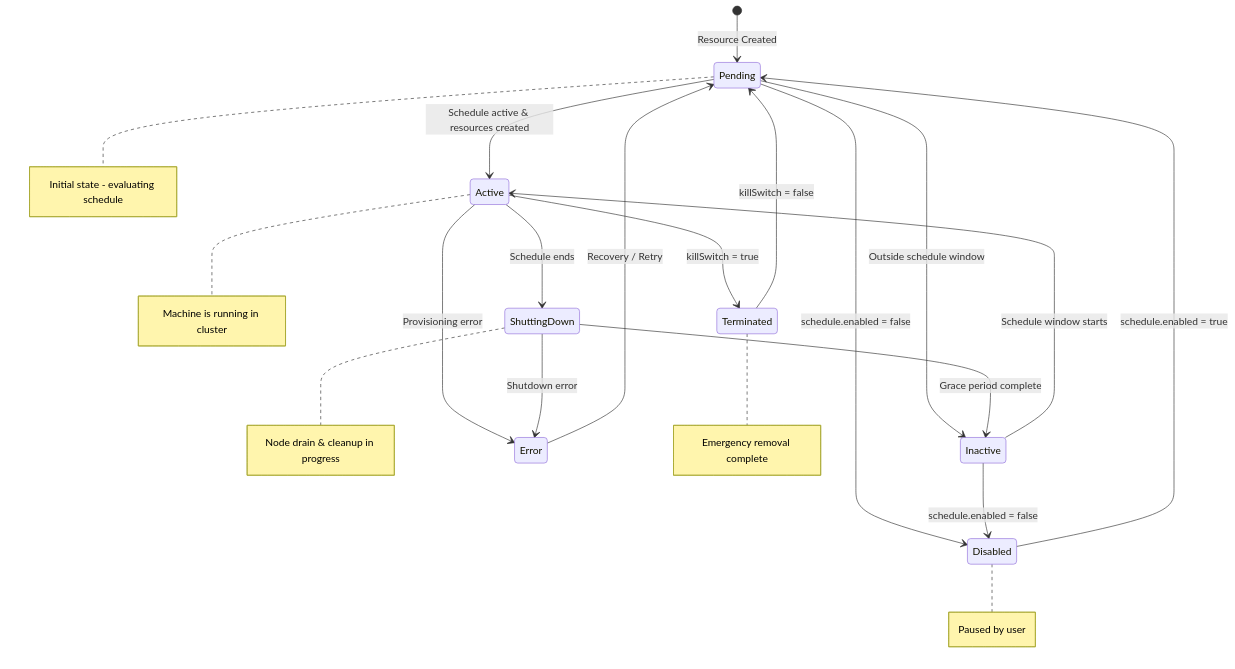
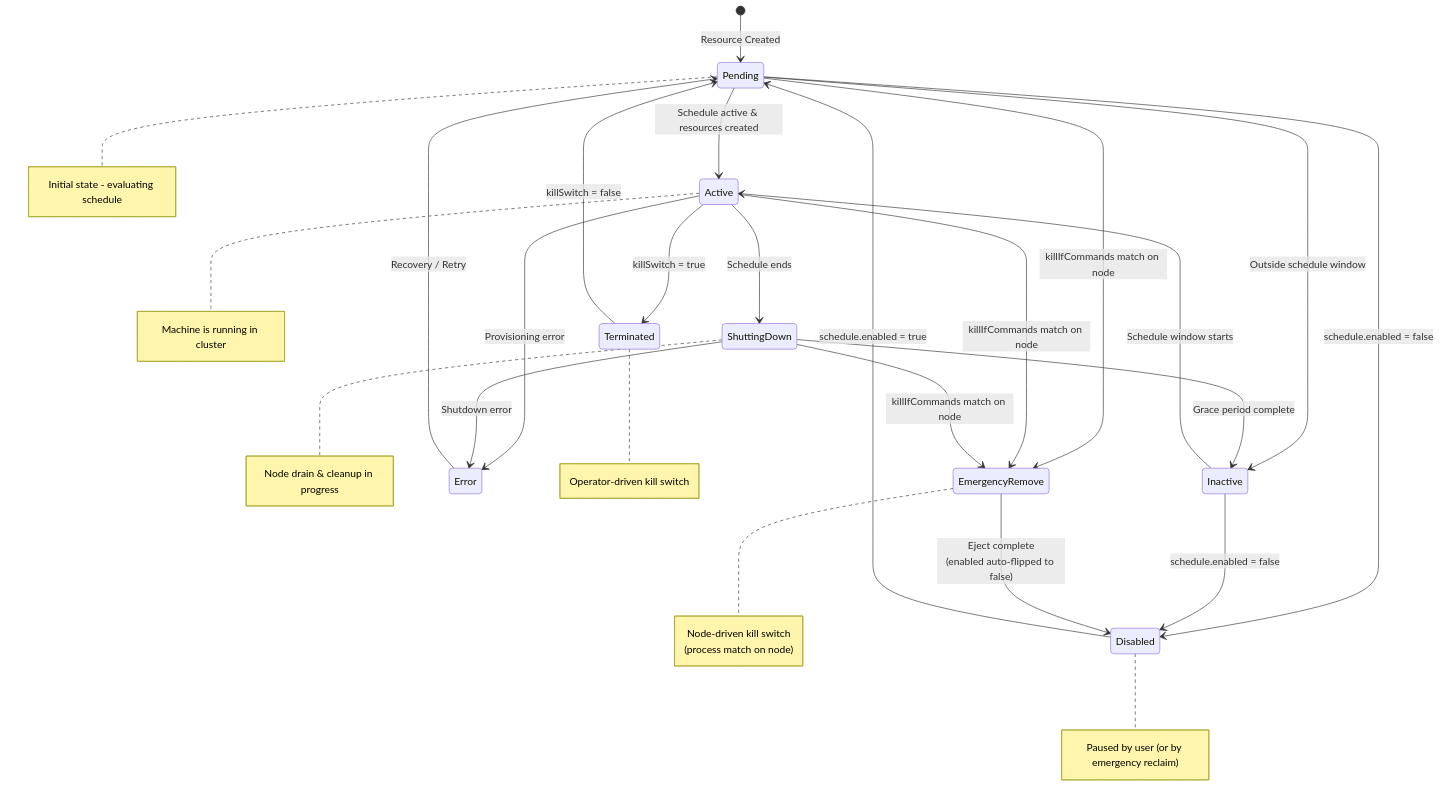
The first of 3 diagrams in docs/src/concepts/machine-lifecycle.md (RBC/5-spot), drawn with Mermaid before and after one commit. The commit also changed other lines of this file and 28 other files, not shown here.

Commit message:
Emergency Node Reclaim by Process Match

````diff
--- a/docs/src/concepts/machine-lifecycle.md
+++ b/docs/src/concepts/machine-lifecycle.md
@@ -7,30 +7,36 @@
 ```mermaid
 stateDiagram-v2
     [*] --> Pending: Resource Created
-    
+
     Pending --> Active: Schedule active & resources created
     Pending --> Inactive: Outside schedule window
     Pending --> Disabled: schedule.enabled = false
-    
+    Pending --> EmergencyRemove: killIfCommands match on node
+
     Active --> ShuttingDown: Schedule ends
     Active --> Terminated: killSwitch = true
+    Active --> EmergencyRemove: killIfCommands match on node
     Active --> Error: Provisioning error
-    
+
     ShuttingDown --> Inactive: Grace period complete
+    ShuttingDown --> EmergencyRemove: killIfCommands match on node
     ShuttingDown --> Error: Shutdown error
-    
+
     Inactive --> Active: Schedule window starts
     Inactive --> Disabled: schedule.enabled = false
-    
+
     Disabled --> Pending: schedule.enabled = true
-    
+
     Terminated --> Pending: killSwitch = false
-    
+
+    EmergencyRemove --> Disabled: Eject complete<br/>(enabled auto-flipped to false)
+
     Error --> Pending: Recovery / Retry
-    
+
     note right of Pending: Initial state - evaluating schedule
     note right of Active: Machine is running in cluster
     note right of ShuttingDown: Node drain & cleanup in progress
-    note right of Disabled: Paused by user
-    note right of Terminated: Emergency removal complete
+    note right of Disabled: Paused by user (or by emergency reclaim)
+    note right of Terminated: Operator-driven kill switch
+    note right of EmergencyRemove: Node-driven kill switch<br/>(process match on node)
 ```
````
